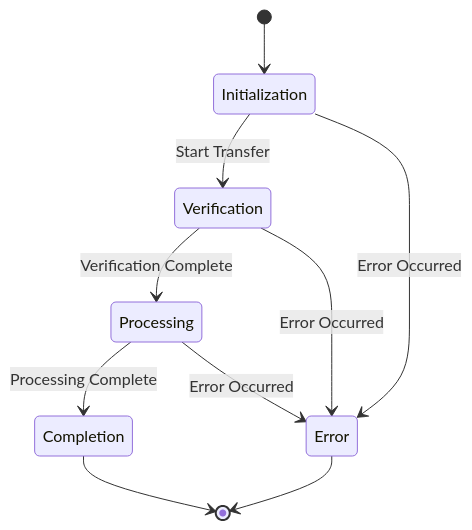
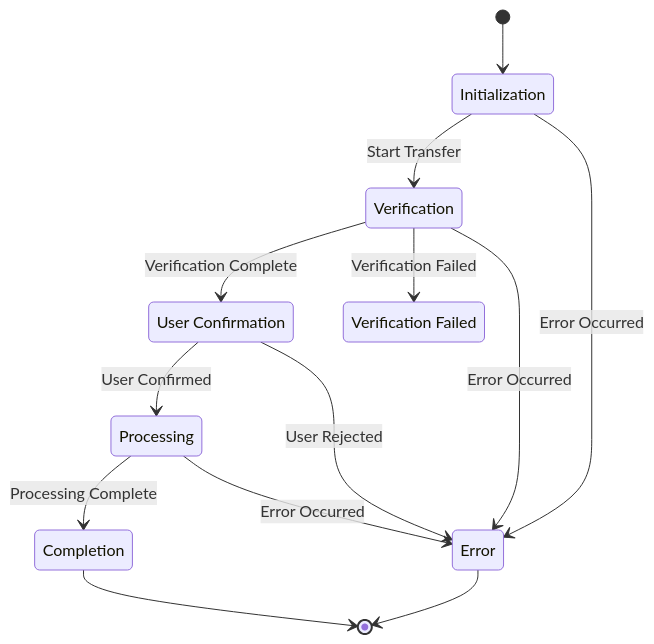
The diagram in diagrams/money-transfer-state.md (middt/finite-state-machine), drawn with Mermaid before and after one commit. The commit also changed 9 other files, not shown here.

````diff
--- a/diagrams/money-transfer-state.md
+++ b/diagrams/money-transfer-state.md
@@ -2,17 +2,22 @@
 ```mermaid
 stateDiagram-v2
     [*] --> init
     init: Initialization
     verify: Verification
+    confirm: User Confirmation
     process: Processing
+    verification_failed: Verification Failed
     complete --> [*]
     complete: Completion
     error --> [*]
     error: Error
     init --> verify: Start Transfer
-    verify --> process: Verification Complete
+    verify --> confirm: Verification Complete
+    confirm --> process: User Confirmed
+    confirm --> error: User Rejected
+    verify --> verification_failed: Verification Failed
     process --> complete: Processing Complete
     init --> error: Error Occurred
     verify --> error: Error Occurred
     process --> error: Error Occurred
 ```
````
